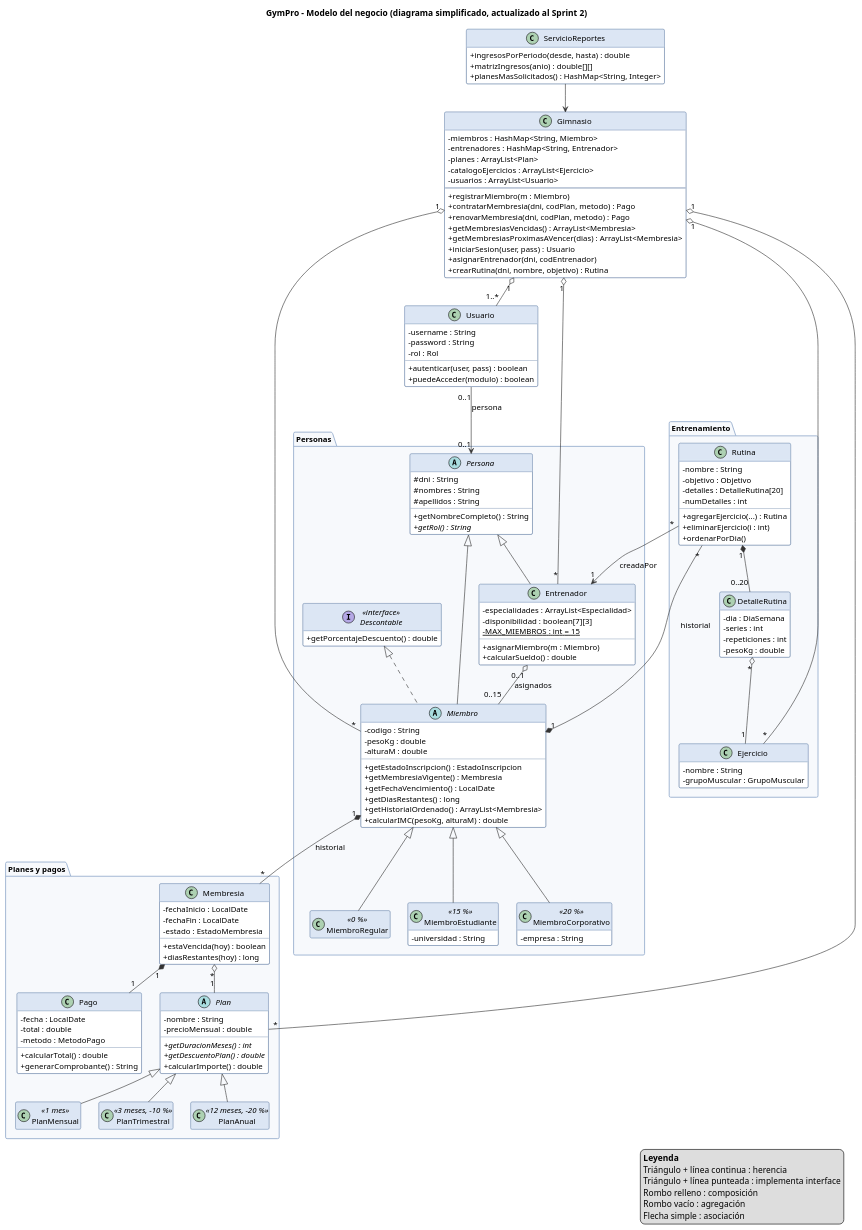
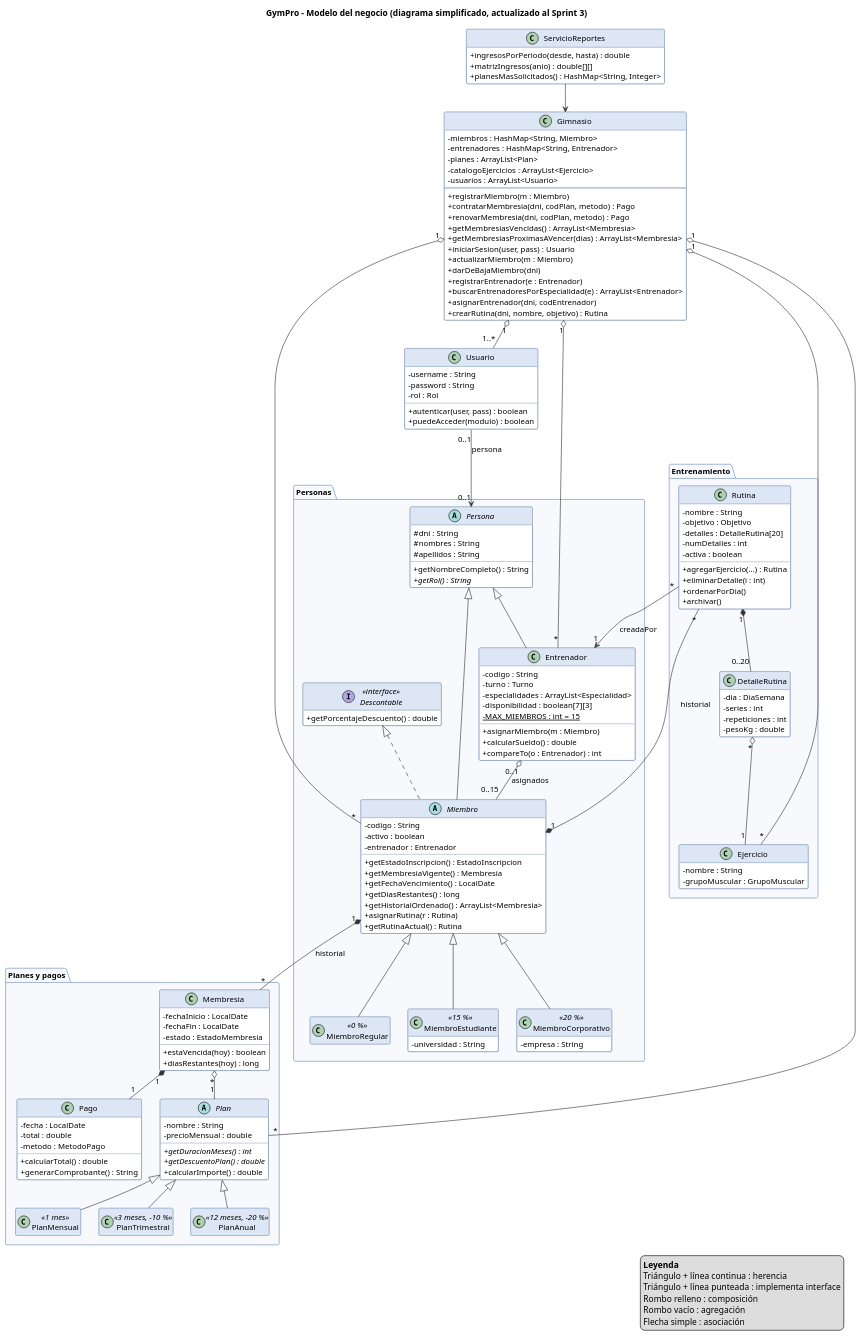
One commit to G-Eydan/gimnasio-poo changed the diagram in Diagramas_UML/Diagrama_UML_Gimnasio_Simplificado.puml. Above: the diagram before and after it, drawn with PlantUML. The commit also changed 3 other files, not shown here.

First line of the commit message:
docs: actualiza el UML al Sprint 3

```diff
--- a/Diagramas_UML/Diagrama_UML_Gimnasio_Simplificado.puml
+++ b/Diagramas_UML/Diagrama_UML_Gimnasio_Simplificado.puml
@@ -1,190 +1,200 @@
 @startuml Diagrama_UML_Gimnasio_Simplificado
 ' ============================================================
 '  GymPro - Diagrama de clases SIMPLIFICADO (modelo del negocio)
 '  Versión resumida para exposición: sólo las clases del dominio
 '  con sus atributos y métodos principales.
 '  El diagrama completo está en Diagrama_UML_Gimnasio.puml
 ' ============================================================
 skinparam classAttributeIconSize 0
 skinparam shadowing false
 skinparam nodesep 30
 skinparam ranksep 45
 skinparam defaultFontSize 13
 skinparam class {
   BackgroundColor #FFFFFF
   BorderColor #3B5B8C
   ArrowColor #333333
   HeaderBackgroundColor #DCE6F4
 }
 skinparam package {
   BackgroundColor #F7F9FC
   BorderColor #9AB0D0
 }
 hide empty members
-title GymPro - Modelo del negocio (diagrama simplificado, actualizado al Sprint 2)
+title GymPro - Modelo del negocio (diagrama simplificado, actualizado al Sprint 3)
 
 class Gimnasio {
   - miembros : HashMap<String, Miembro>
   - entrenadores : HashMap<String, Entrenador>
   - planes : ArrayList<Plan>
   - catalogoEjercicios : ArrayList<Ejercicio>
   - usuarios : ArrayList<Usuario>
   --
   + registrarMiembro(m : Miembro)
   + contratarMembresia(dni, codPlan, metodo) : Pago
   + renovarMembresia(dni, codPlan, metodo) : Pago
   + getMembresiasVencidas() : ArrayList<Membresia>
   + getMembresiasProximasAVencer(dias) : ArrayList<Membresia>
   + iniciarSesion(user, pass) : Usuario
+  + actualizarMiembro(m : Miembro)
+  + darDeBajaMiembro(dni)
+  + registrarEntrenador(e : Entrenador)
+  + buscarEntrenadoresPorEspecialidad(e) : ArrayList<Entrenador>
   + asignarEntrenador(dni, codEntrenador)
   + crearRutina(dni, nombre, objetivo) : Rutina
 }
 
 class Usuario {
   - username : String
   - password : String
   - rol : Rol
   + autenticar(user, pass) : boolean
   + puedeAcceder(modulo) : boolean
 }
 
 class ServicioReportes {
   + ingresosPorPeriodo(desde, hasta) : double
   + matrizIngresos(anio) : double[][]
   + planesMasSolicitados() : HashMap<String, Integer>
 }
 
 package "Personas" {
   abstract class Persona {
     # dni : String
     # nombres : String
     # apellidos : String
     + getNombreCompleto() : String
     + {abstract} getRol() : String
   }
 
   interface Descontable <<interface>> {
     + getPorcentajeDescuento() : double
   }
 
   abstract class Miembro {
     - codigo : String
-    - pesoKg : double
-    - alturaM : double
+    - activo : boolean
+    - entrenador : Entrenador
     + getEstadoInscripcion() : EstadoInscripcion
     + getMembresiaVigente() : Membresia
     + getFechaVencimiento() : LocalDate
     + getDiasRestantes() : long
     + getHistorialOrdenado() : ArrayList<Membresia>
-    + calcularIMC(pesoKg, alturaM) : double
+    + asignarRutina(r : Rutina)
+    + getRutinaActual() : Rutina
   }
 
   class Entrenador {
+    - codigo : String
+    - turno : Turno
     - especialidades : ArrayList<Especialidad>
     - disponibilidad : boolean[7][3]
     - {static} MAX_MIEMBROS : int = 15
     + asignarMiembro(m : Miembro)
     + calcularSueldo() : double
+    + compareTo(o : Entrenador) : int
   }
 
   class MiembroRegular <<0 %>>
   class MiembroEstudiante <<15 %>> {
     - universidad : String
   }
   class MiembroCorporativo <<20 %>> {
     - empresa : String
   }
 }
 
 package "Planes y pagos" {
   abstract class Plan {
     - nombre : String
     - precioMensual : double
     + {abstract} getDuracionMeses() : int
     + {abstract} getDescuentoPlan() : double
     + calcularImporte() : double
   }
   class PlanMensual <<1 mes>>
   class PlanTrimestral <<3 meses, -10 %>>
   class PlanAnual <<12 meses, -20 %>>
 
   class Membresia {
     - fechaInicio : LocalDate
     - fechaFin : LocalDate
     - estado : EstadoMembresia
     + estaVencida(hoy) : boolean
     + diasRestantes(hoy) : long
   }
 
   class Pago {
     - fecha : LocalDate
     - total : double
     - metodo : MetodoPago
     + calcularTotal() : double
     + generarComprobante() : String
   }
 }
 
 package "Entrenamiento" {
   class Rutina {
     - nombre : String
     - objetivo : Objetivo
     - detalles : DetalleRutina[20]
     - numDetalles : int
+    - activa : boolean
     + agregarEjercicio(...) : Rutina
-    + eliminarEjercicio(i : int)
+    + eliminarDetalle(i : int)
     + ordenarPorDia()
+    + archivar()
   }
   class DetalleRutina {
     - dia : DiaSemana
     - series : int
     - repeticiones : int
     - pesoKg : double
   }
   class Ejercicio {
     - nombre : String
     - grupoMuscular : GrupoMuscular
   }
 }
 
 ' ---------------- Relaciones ----------------
 ServicioReportes --> Gimnasio
 
 Gimnasio "1" o-- "*" Miembro
 Gimnasio "1" o-- "*" Entrenador
 Gimnasio "1" o-- "*" Plan
 Gimnasio "1" o-- "*" Ejercicio
 Gimnasio "1" o-- "1..*" Usuario
 Usuario "0..1" --> "0..1" Persona : persona
 
 Persona <|-- Miembro
 Persona <|-- Entrenador
 Descontable <|.. Miembro
 Miembro <|-- MiembroRegular
 Miembro <|-- MiembroEstudiante
 Miembro <|-- MiembroCorporativo
 
 Entrenador "0..1" o-- "0..15" Miembro : asignados
 
 Miembro "1" *-- "*" Membresia : historial
 Membresia "*" o-- "1" Plan
 Membresia "1" *-- "1" Pago
 Plan <|-- PlanMensual
 Plan <|-- PlanTrimestral
 Plan <|-- PlanAnual
 
 Miembro "1" *-- "*" Rutina : historial
 Rutina "*" --> "1" Entrenador : creadaPor
 Rutina "1" *-- "0..20" DetalleRutina
 DetalleRutina "*" o-- "1" Ejercicio
 
 legend right
   <b>Leyenda</b>
   Triángulo + línea continua : herencia
   Triángulo + línea punteada : implementa interface
   Rombo relleno : composición
   Rombo vacío : agregación
   Flecha simple : asociación
 endlegend
 
 @enduml
```
